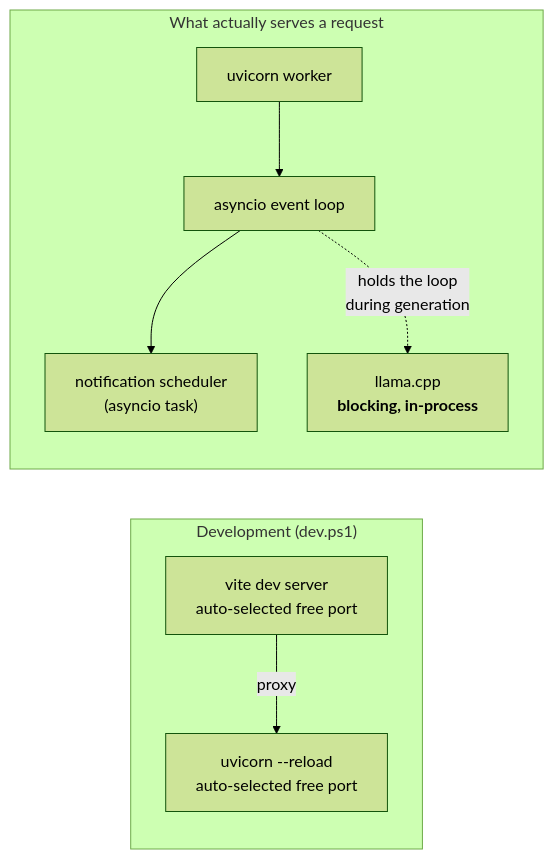
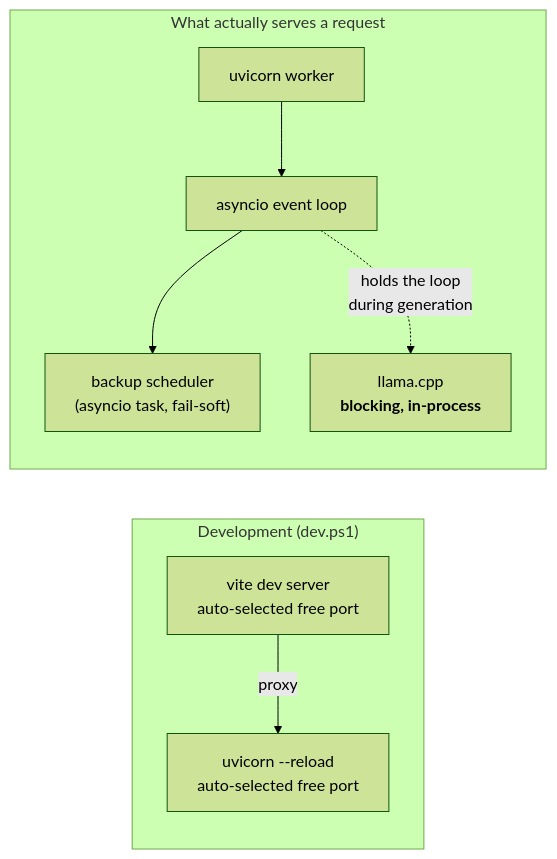
Before and after one commit to BrooklynD23/HealthCentral: the second of 2 diagrams in docs/architecture/README.md, drawn with Mermaid (forest theme). The commit also changed other lines of this file and 2 other files, not shown here.

First line of the commit message:
docs: close the remaining backlog rows and refresh the diagrams

````diff
--- a/docs/architecture/README.md
+++ b/docs/architecture/README.md
@@ -99,19 +101,19 @@
 ```mermaid
 flowchart LR
     subgraph dev["Development (dev.ps1)"]
         VITE["vite dev server<br/>auto-selected free port"]
         UVI["uvicorn --reload<br/>auto-selected free port"]
     end
 
     subgraph runtime["What actually serves a request"]
         UVI2["uvicorn worker"]
         LOOP["asyncio event loop"]
-        SCHED["notification scheduler<br/>(asyncio task)"]
+        SCHED["backup scheduler<br/>(asyncio task, fail-soft)"]
         LLAMA["llama.cpp<br/><b>blocking, in-process</b>"]
     end
 
     VITE -->|proxy| UVI
     UVI2 --> LOOP
     LOOP --> SCHED
     LOOP -.->|"holds the loop<br/>during generation"| LLAMA
 ```
````
